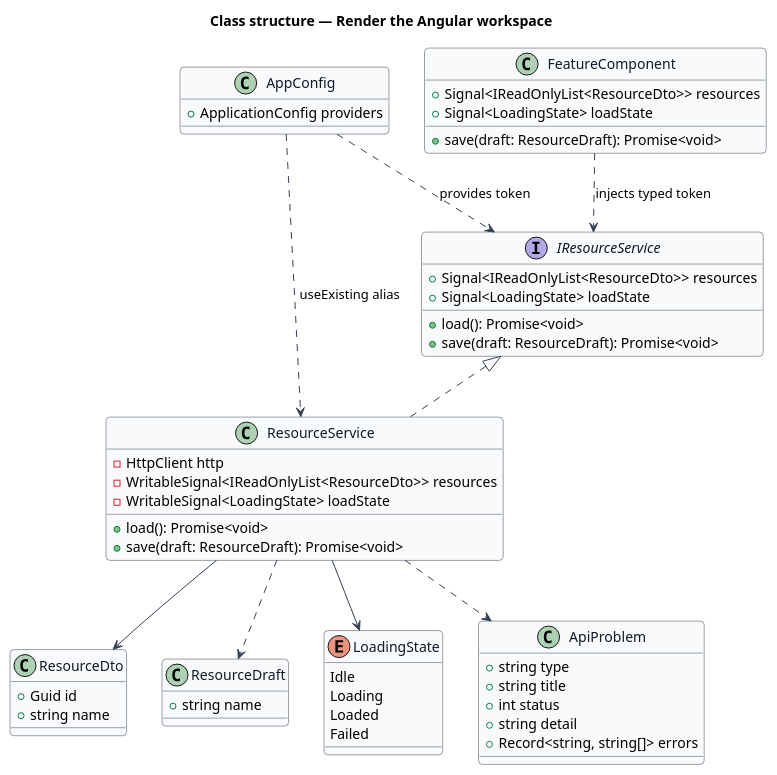
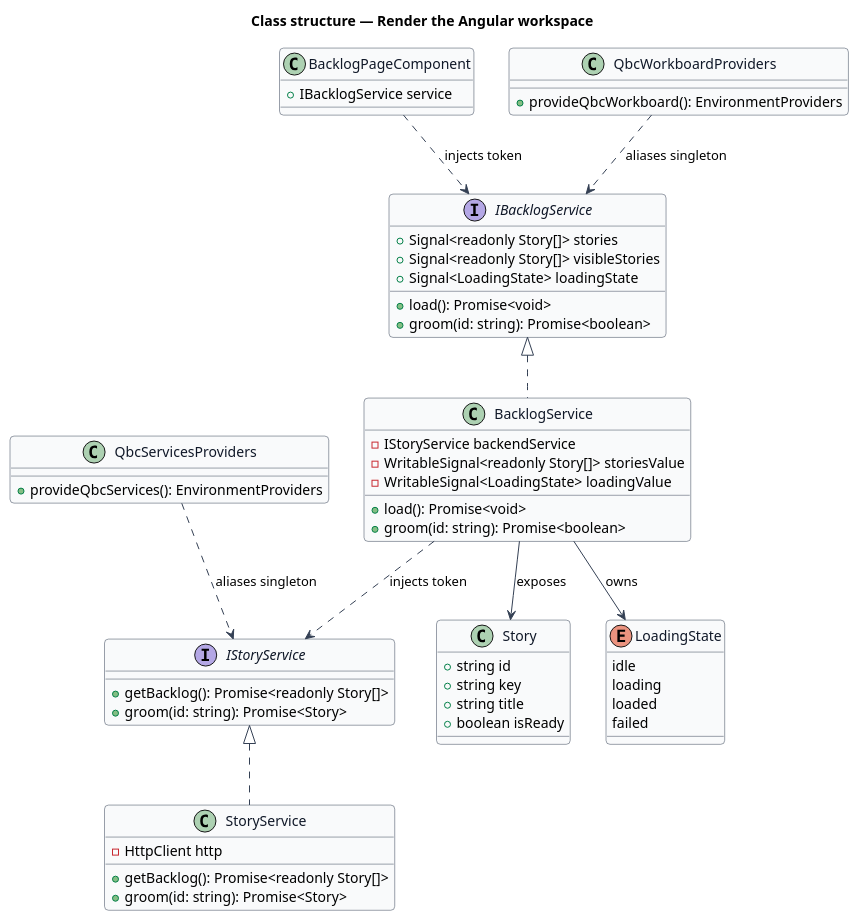
The diagram in docs/detailed-designs/platform/render-angular-workspace/diagrams/class-structure.puml (QuinntyneBrown/quinntyne-brown-consulting), drawn with PlantUML before and after one commit. The commit also changed 63 other files, not shown here.

Commit message:
Rename frontend api library exports to service pattern and update workboard consumers

```diff
--- a/docs/detailed-designs/platform/render-angular-workspace/diagrams/class-structure.puml
+++ b/docs/detailed-designs/platform/render-angular-workspace/diagrams/class-structure.puml
@@ -1,71 +1,75 @@
 @startuml
 skinparam backgroundColor #FFFFFF
 skinparam shadowing false
 skinparam roundcorner 8
 skinparam defaultFontName Arial
 skinparam ArrowColor #344054
 skinparam class {
   BorderColor #344054
   FontColor #101828
   BackgroundColor #F9FAFB
 }
 title Class structure — Render the Angular workspace
 
-interface IResourceService {
-  +Signal<IReadOnlyList<ResourceDto>> resources
-  +Signal<LoadingState> loadState
+interface IBacklogService {
+  +Signal<readonly Story[]> stories
+  +Signal<readonly Story[]> visibleStories
+  +Signal<LoadingState> loadingState
   +load(): Promise<void>
-  +save(draft: ResourceDraft): Promise<void>
+  +groom(id: string): Promise<boolean>
 }
 
-class ResourceService {
-  -HttpClient http
-  -WritableSignal<IReadOnlyList<ResourceDto>> resources
-  -WritableSignal<LoadingState> loadState
+class BacklogService {
+  -IStoryService backendService
+  -WritableSignal<readonly Story[]> storiesValue
+  -WritableSignal<LoadingState> loadingValue
   +load(): Promise<void>
-  +save(draft: ResourceDraft): Promise<void>
+  +groom(id: string): Promise<boolean>
 }
 
-class FeatureComponent {
-  +Signal<IReadOnlyList<ResourceDto>> resources
-  +Signal<LoadingState> loadState
-  +save(draft: ResourceDraft): Promise<void>
+interface IStoryService {
+  +getBacklog(): Promise<readonly Story[]>
+  +groom(id: string): Promise<Story>
 }
 
-class AppConfig {
-  +ApplicationConfig providers
+class StoryService {
+  -HttpClient http
+  +getBacklog(): Promise<readonly Story[]>
+  +groom(id: string): Promise<Story>
 }
 
-class ResourceDto {
-  +Guid id
-  +string name
+class BacklogPageComponent {
+  +IBacklogService service
 }
 
-class ResourceDraft {
-  +string name
+class Story {
+  +string id
+  +string key
+  +string title
+  +boolean isReady
 }
 
 enum LoadingState {
-  Idle
-  Loading
-  Loaded
-  Failed
+  idle
+  loading
+  loaded
+  failed
 }
 
-class ApiProblem {
-  +string type
-  +string title
-  +int status
-  +string detail
-  +Record<string, string[]> errors
+class QbcServicesProviders {
+  +provideQbcServices(): EnvironmentProviders
 }
 
-IResourceService <|.. ResourceService
-FeatureComponent ..> IResourceService : injects typed token
-AppConfig ..> ResourceService : useExisting alias
-AppConfig ..> IResourceService : provides token
-ResourceService --> ResourceDto
-ResourceService ..> ResourceDraft
-ResourceService --> LoadingState
-ResourceService ..> ApiProblem
+class QbcWorkboardProviders {
+  +provideQbcWorkboard(): EnvironmentProviders
+}
+
+IBacklogService <|.. BacklogService
+IStoryService <|.. StoryService
+BacklogPageComponent ..> IBacklogService : injects token
+BacklogService ..> IStoryService : injects token
+BacklogService --> Story : exposes
+BacklogService --> LoadingState : owns
+QbcWorkboardProviders ..> IBacklogService : aliases singleton
+QbcServicesProviders ..> IStoryService : aliases singleton
 @enduml
```
